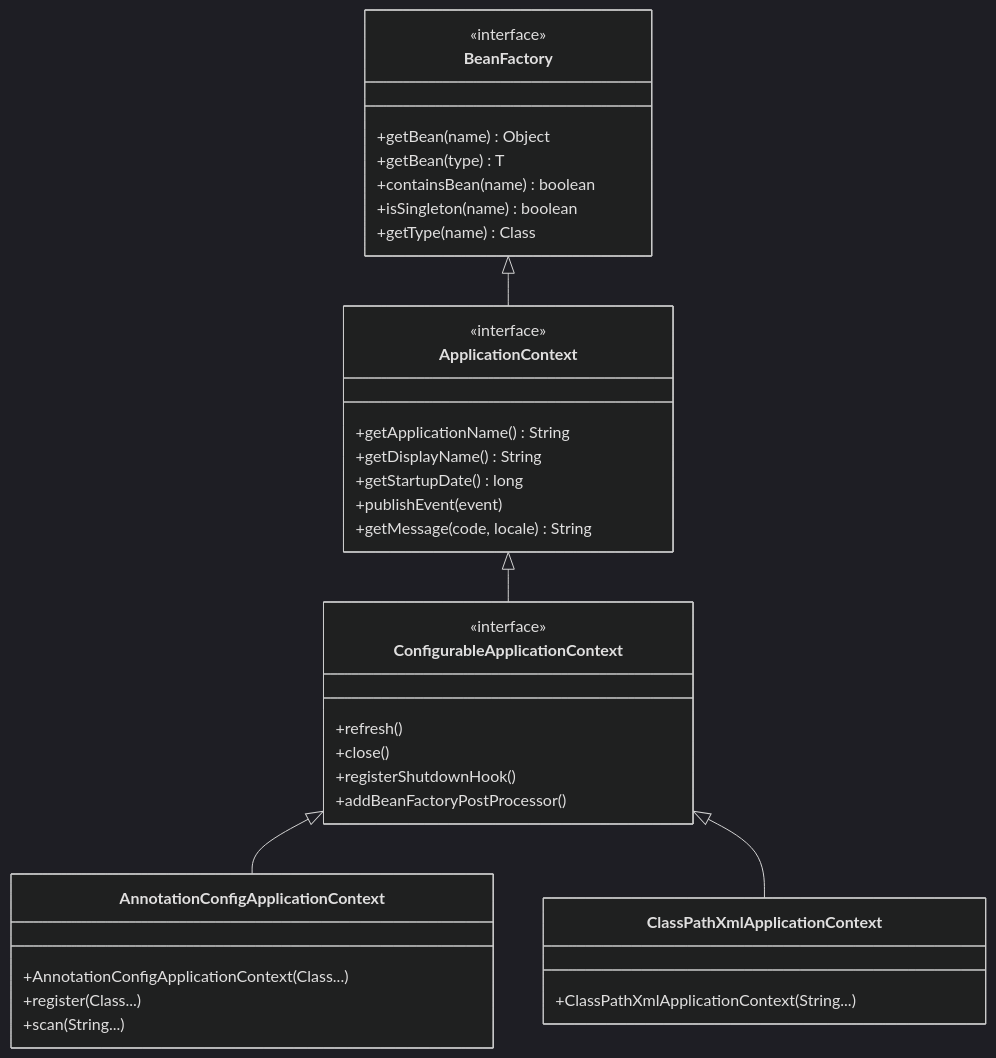
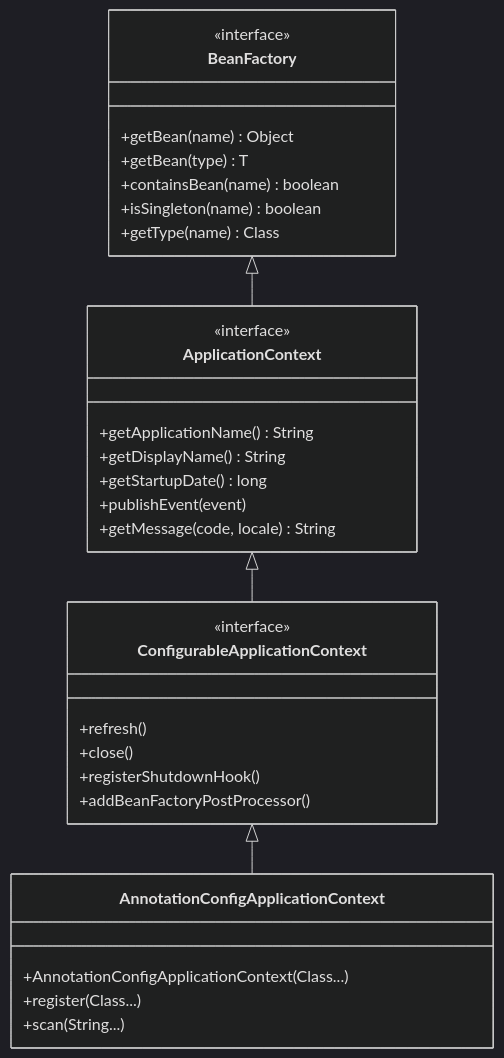
Before and after one commit to yjkim2015/yjkim2015.github.io: the second of 11 diagrams in _posts/spring/2026-05-02-spring-core-basic.md, drawn with Mermaid (dark theme). The commit also changed other lines of this file and 92 other files, not shown here.

First line of the commit message:
Major quality rewrite: 98 files, Mermaid fix, extreme-scenario component

````diff
--- a/_posts/spring/2026-05-02-spring-core-basic.md
+++ b/_posts/spring/2026-05-02-spring-core-basic.md
@@ -104,43 +129,38 @@
 ```mermaid
 classDiagram
     class BeanFactory {
         <<interface>>
         +getBean(name) Object
         +getBean(type) T
         +containsBean(name) boolean
         +isSingleton(name) boolean
         +getType(name) Class
     }
 
     class ApplicationContext {
         <<interface>>
         +getApplicationName() String
         +getDisplayName() String
         +getStartupDate() long
         +publishEvent(event)
         +getMessage(code, locale) String
     }
 
     class ConfigurableApplicationContext {
         <<interface>>
         +refresh()
         +close()
         +registerShutdownHook()
         +addBeanFactoryPostProcessor()
     }
 
     class AnnotationConfigApplicationContext {
         +AnnotationConfigApplicationContext(Class...)
         +register(Class...)
         +scan(String...)
     }
 
-    class ClassPathXmlApplicationContext {
-        +ClassPathXmlApplicationContext(String...)
-    }
-
     BeanFactory <|-- ApplicationContext
     ApplicationContext <|-- ConfigurableApplicationContext
     ConfigurableApplicationContext <|-- AnnotationConfigApplicationContext
-    ConfigurableApplicationContext <|-- ClassPathXmlApplicationContext
 ```
````
